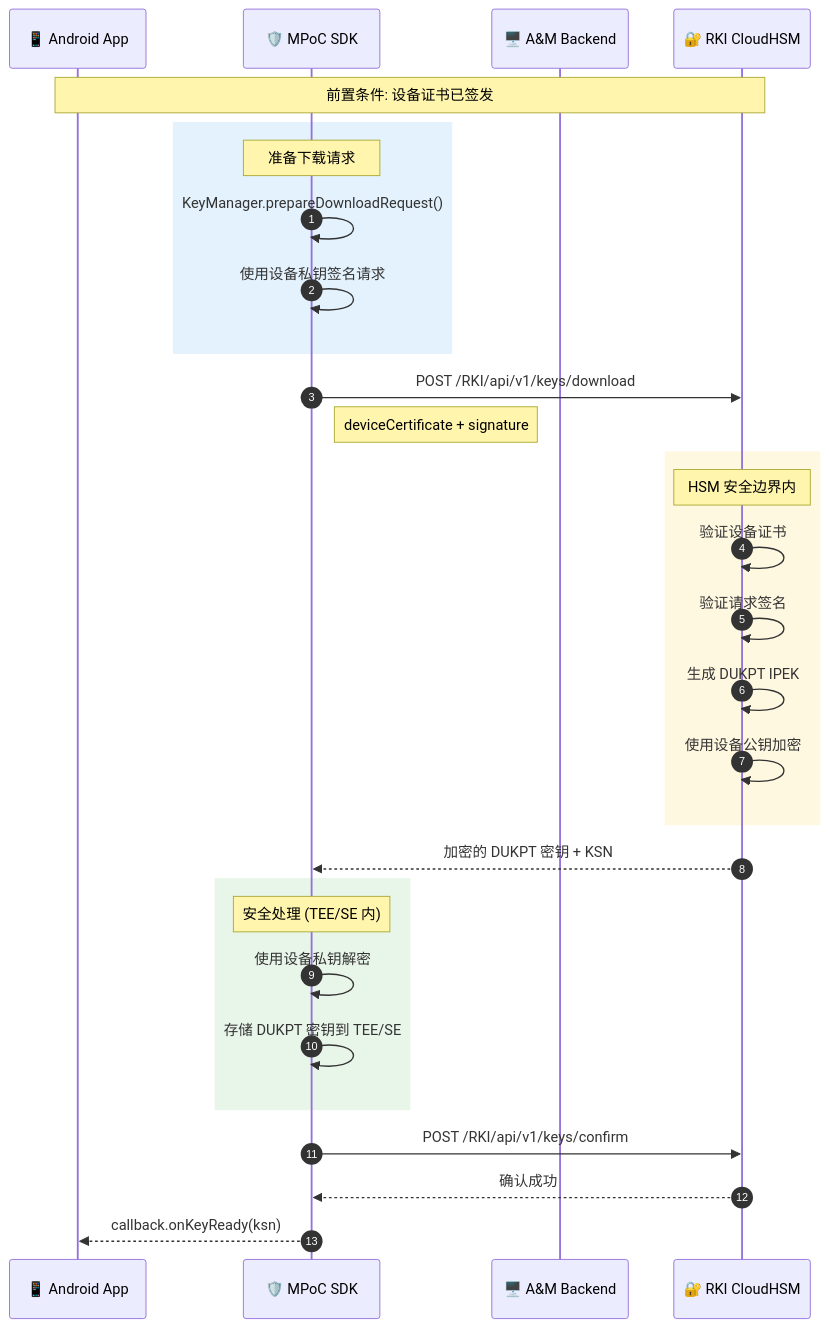
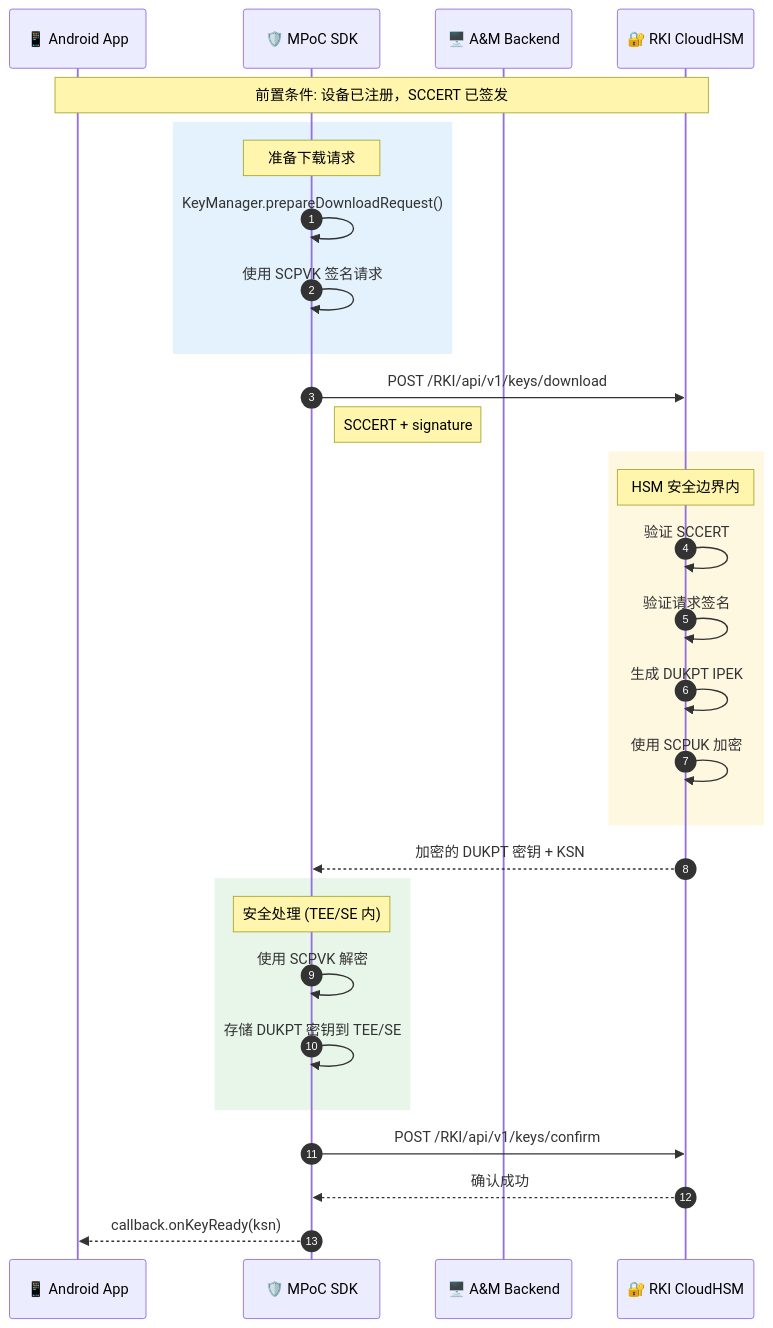
One commit to kevinwangl/sunbay-softpos-docs changed the tenth of 23 diagrams in solution/MPOC_SDK_API_GUIDE.md. Above: the diagram before and after it, drawn with Mermaid. The commit also changed other lines of this file, not shown here.

````diff
--- a/solution/MPOC_SDK_API_GUIDE.md
+++ b/solution/MPOC_SDK_API_GUIDE.md
@@ -671,40 +1011,40 @@
 ```mermaid
 sequenceDiagram
     autonumber
     participant App as 📱 Android App
     participant SDK as 🛡️ MPoC SDK
     participant Backend as 🖥️ A&M Backend
     participant HSM as 🔐 RKI CloudHSM
 
-    Note over App,HSM: 前置条件: 设备证书已签发
+    Note over App,HSM: 前置条件: 设备已注册，SCCERT 已签发
     
     rect rgb(227, 242, 253)
         Note over SDK: 准备下载请求
         SDK->>SDK: KeyManager.prepareDownloadRequest()
-        SDK->>SDK: 使用设备私钥签名请求
+        SDK->>SDK: 使用 SCPVK 签名请求
     end
     
     SDK->>HSM: POST /RKI/api/v1/keys/download
-    Note right of SDK: deviceCertificate + signature
+    Note right of SDK: SCCERT + signature
     
     rect rgb(255, 248, 225)
         Note over HSM: HSM 安全边界内
-        HSM->>HSM: 验证设备证书
+        HSM->>HSM: 验证 SCCERT
         HSM->>HSM: 验证请求签名
         HSM->>HSM: 生成 DUKPT IPEK
-        HSM->>HSM: 使用设备公钥加密
+        HSM->>HSM: 使用 SCPUK 加密
     end
     
     HSM-->>SDK: 加密的 DUKPT 密钥 + KSN
     
     rect rgb(232, 245, 233)
         Note over SDK: 安全处理 (TEE/SE 内)
-        SDK->>SDK: 使用设备私钥解密
+        SDK->>SDK: 使用 SCPVK 解密
         SDK->>SDK: 存储 DUKPT 密钥到 TEE/SE
     end
     
     SDK->>HSM: POST /RKI/api/v1/keys/confirm
     HSM-->>SDK: 确认成功
     
     SDK-->>App: callback.onKeyReady(ksn)
 ```
````
